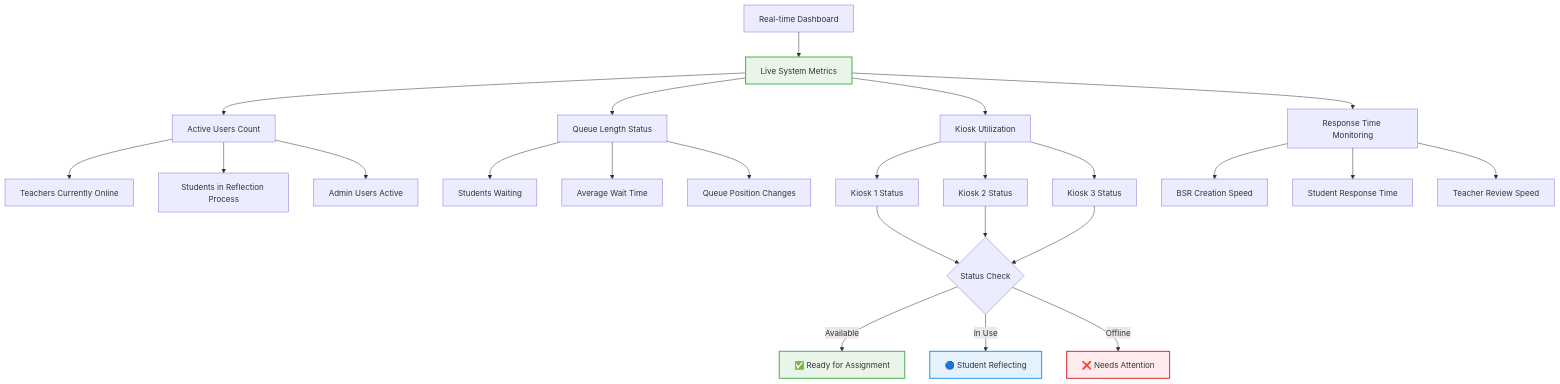
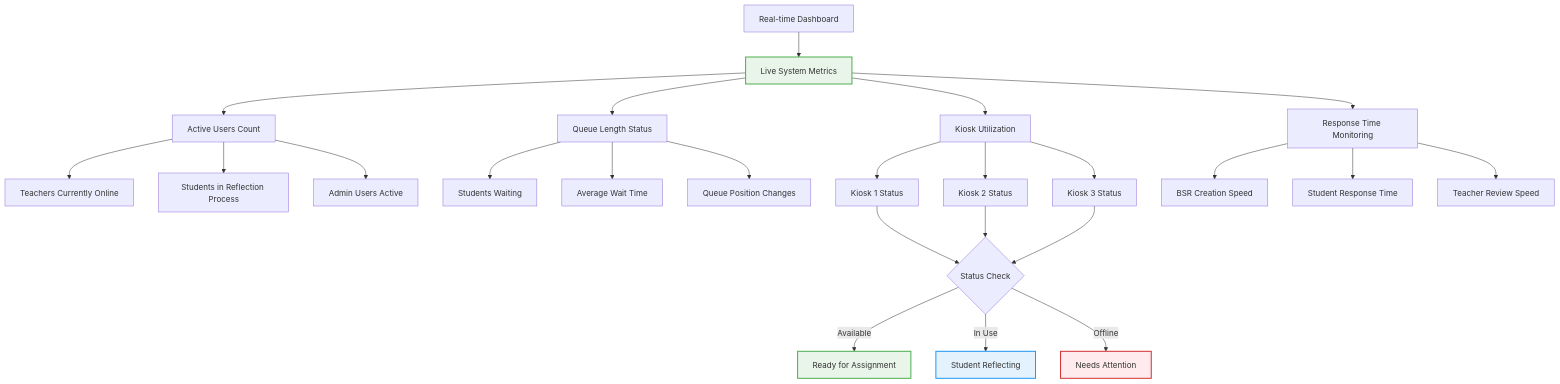
Before and after one commit to Splurfa/bx-os: the third of 6 diagrams in Docs/Flowcharts/User-Journeys/13-admin-oversight-journey.md, drawn with Mermaid. The commit also changed other lines of this file and 12 other files, not shown here.

First line of the commit message:
Fix flowchart syntax and numbering

````diff
--- a/Docs/Flowcharts/User-Journeys/13-admin-oversight-journey.md
+++ b/Docs/Flowcharts/User-Journeys/13-admin-oversight-journey.md
@@ -75,36 +73,36 @@
 ```mermaid
 flowchart TD
     A[Real-time Dashboard] --> B[Live System Metrics]
     B --> C[Active Users Count]
     B --> D[Queue Length Status]
     B --> E[Kiosk Utilization]
     B --> F[Response Time Monitoring]
     
     C --> G[Teachers Currently Online]
     C --> H[Students in Reflection Process]
     C --> I[Admin Users Active]
     
     D --> J[Students Waiting]
     D --> K[Average Wait Time]
     D --> L[Queue Position Changes]
     
     E --> M[Kiosk 1 Status]
     E --> N[Kiosk 2 Status]
     E --> O[Kiosk 3 Status]
     
     F --> P[BSR Creation Speed]
     F --> Q[Student Response Time]
     F --> R[Teacher Review Speed]
     
     M --> S{Status Check}
     N --> S
     O --> S
-    S -->|Available| T[✅ Ready for Assignment]
-    S -->|In Use| U[🔵 Student Reflecting]
-    S -->|Offline| V[❌ Needs Attention]
+    S -->|Available| T[Ready for Assignment]
+    S -->|In Use| U[Student Reflecting]
+    S -->|Offline| V[Needs Attention]
     
     style B fill:#e8f5e8,stroke:#4caf50,stroke-width:2px
     style T fill:#e8f5e8,stroke:#4caf50,stroke-width:2px
     style U fill:#e3f2fd,stroke:#2196f3,stroke-width:2px
     style V fill:#ffebee,stroke:#d32f2f,stroke-width:2px
 ```
````
